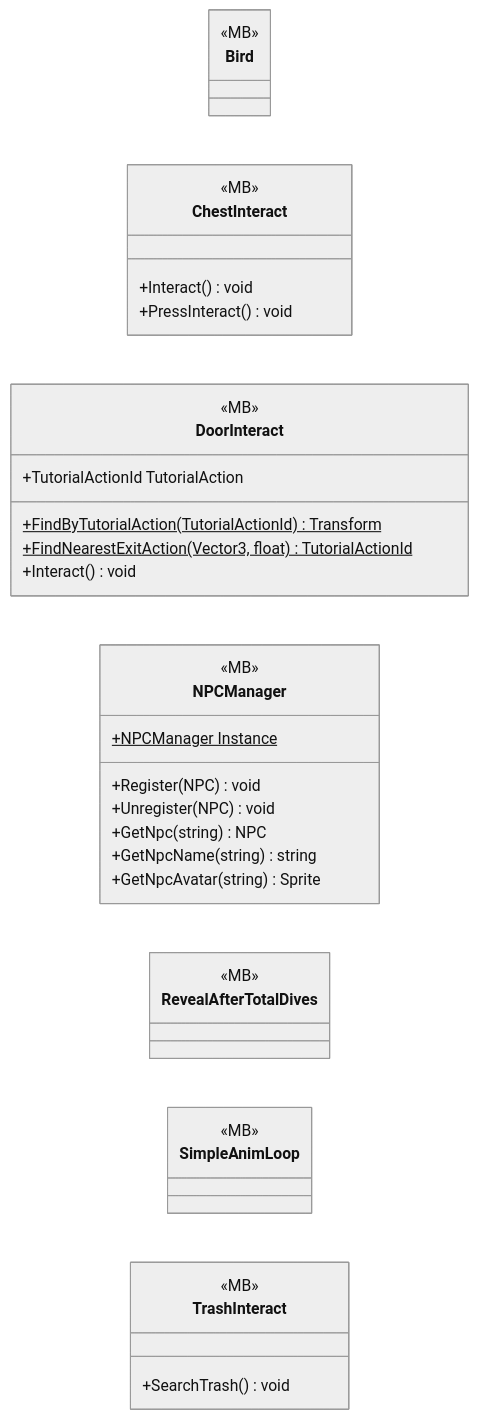
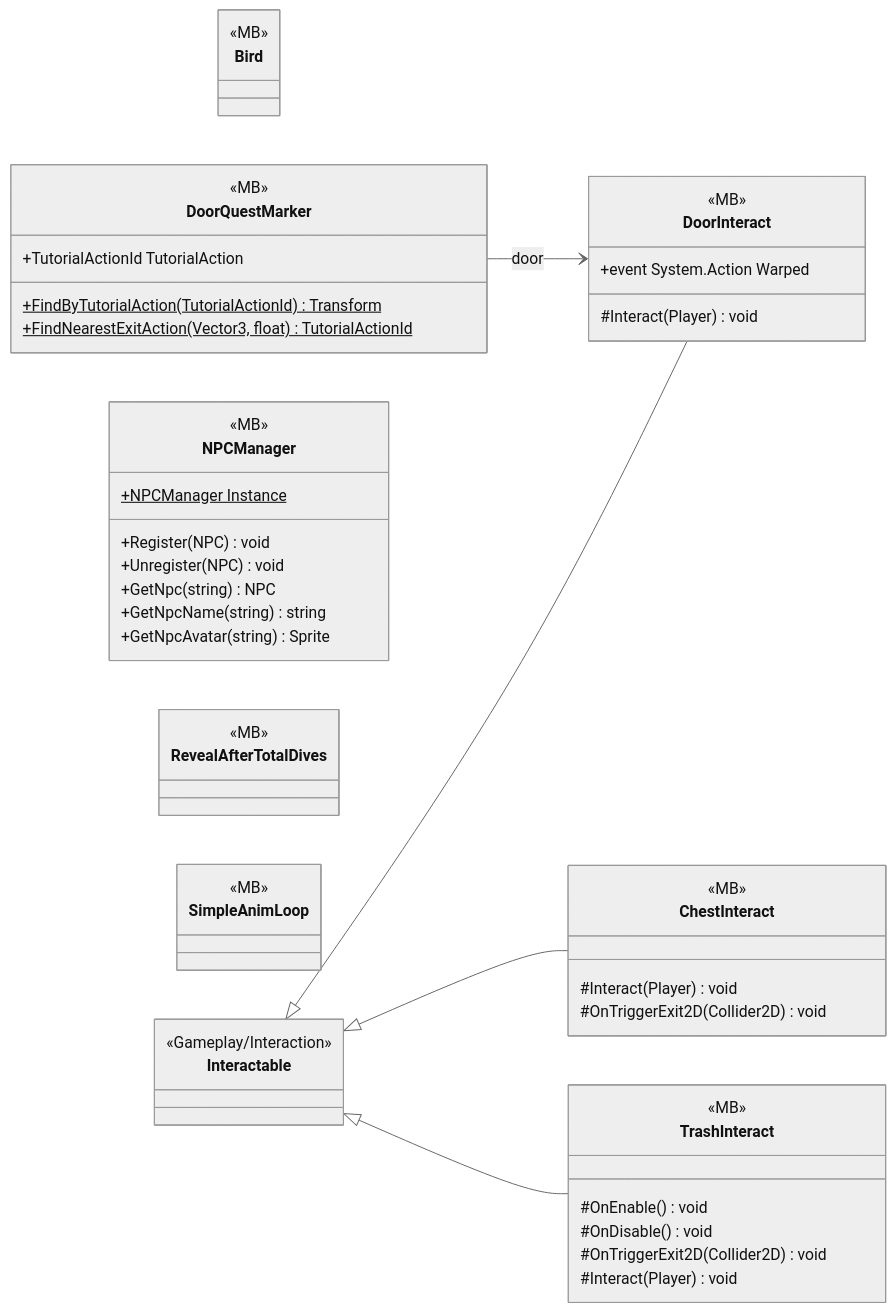
One commit to PhumipatWave/project-ocean changed the diagram in docs/uml/modules/Gameplay_Environments.md. Above: the diagram before and after it, drawn with Mermaid (neutral theme). The commit also changed other lines of this file and 102 other files, not shown here.

Commit message:
Refactor interact system

````diff
--- a/docs/uml/modules/Gameplay_Environments.md
+++ b/docs/uml/modules/Gameplay_Environments.md
@@ -7,38 +7,52 @@
 ```mermaid
 classDiagram
   direction LR
   class Bird {
     <<MB>>
   }
   class ChestInteract {
     <<MB>>
-    +Interact() void
-    +PressInteract() void
+    #Interact(Player) void
+    #OnTriggerExit2D(Collider2D) void
   }
   class DoorInteract {
+    <<MB>>
+    +event System.Action Warped
+    #Interact(Player) void
+  }
+  class DoorQuestMarker {
     <<MB>>
     +TutorialActionId TutorialAction
     +FindByTutorialAction(TutorialActionId)$ Transform
     +FindNearestExitAction(Vector3, float)$ TutorialActionId
-    +Interact() void
   }
   class NPCManager {
     <<MB>>
     +NPCManager Instance$
     +Register(NPC) void
     +Unregister(NPC) void
     +GetNpc(string) NPC
     +GetNpcName(string) string
     +GetNpcAvatar(string) Sprite
   }
   class RevealAfterTotalDives {
     <<MB>>
   }
   class SimpleAnimLoop {
     <<MB>>
   }
   class TrashInteract {
     <<MB>>
-    +SearchTrash() void
+    #OnEnable() void
+    #OnDisable() void
+    #OnTriggerExit2D(Collider2D) void
+    #Interact(Player) void
   }
+  class Interactable {
+    <<Gameplay/Interaction>>
+  }
+  DoorQuestMarker --> DoorInteract : door
+  Interactable <|-- ChestInteract
+  Interactable <|-- DoorInteract
+  Interactable <|-- TrashInteract
 ```
````
